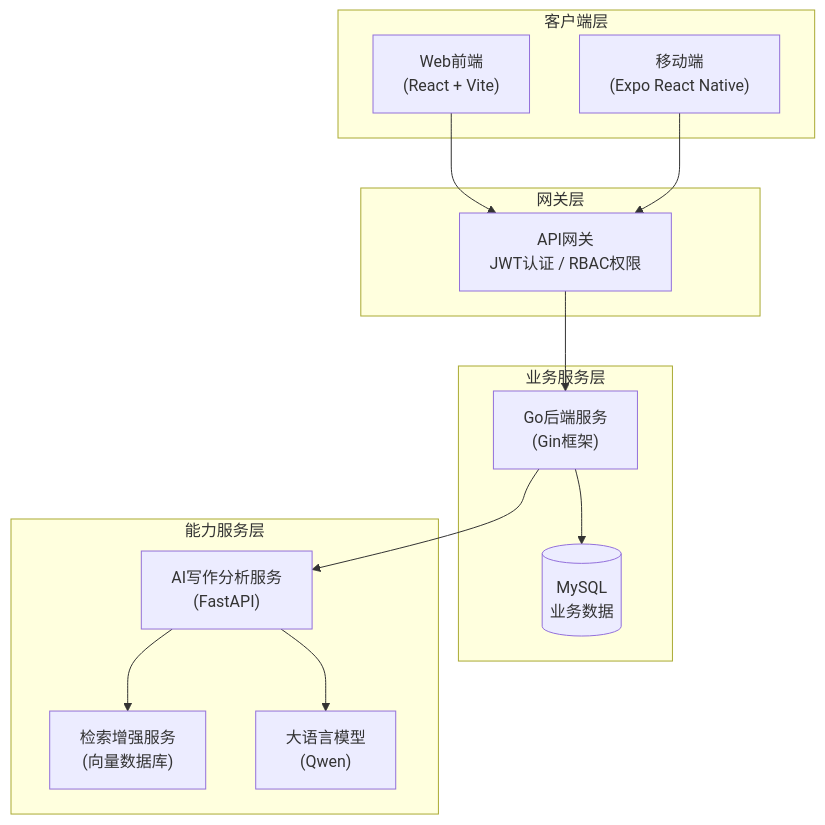
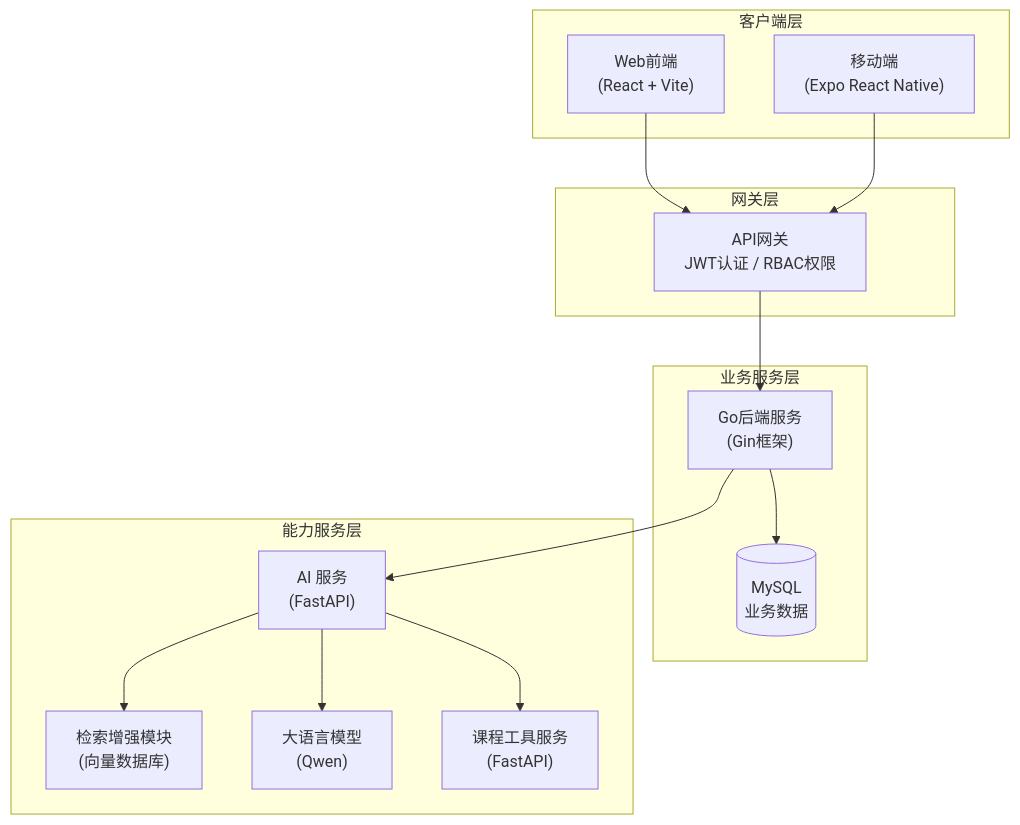
Before and after one commit to JadeSnow7/graduationDesign: the fourth of 4 diagrams in academic/thesis/proposal/开题报告.md, drawn with Mermaid. The commit also changed other lines of this file and 79 other files, not shown here.

````diff
--- a/academic/thesis/proposal/开题报告.md
+++ b/academic/thesis/proposal/开题报告.md
@@ -148,30 +170,32 @@
 ```mermaid
 flowchart TB
     subgraph 客户端层
         Web["Web前端<br/>(React + Vite)"]
         Mobile["移动端<br/>(Expo React Native)"]
     end
 
     subgraph 网关层
         Gateway["API网关<br/>JWT认证 / RBAC权限"]
     end
 
     subgraph 业务服务层
         Backend["Go后端服务<br/>(Gin框架)"]
         DB[(MySQL<br/>业务数据)]
     end
 
     subgraph 能力服务层
-        AI["AI写作分析服务<br/>(FastAPI)"]
-        RAG["检索增强服务<br/>(向量数据库)"]
+        AI["AI 服务<br/>(FastAPI)"]
+        RAG["检索增强模块<br/>(向量数据库)"]
         LLM["大语言模型<br/>(Qwen)"]
+        Tool["课程工具服务<br/>(FastAPI)"]
     end
 
     Web --> Gateway
     Mobile --> Gateway
     Gateway --> Backend
     Backend --> DB
     Backend --> AI
+    AI --> Tool
     AI --> RAG
     AI --> LLM
 ```
````
